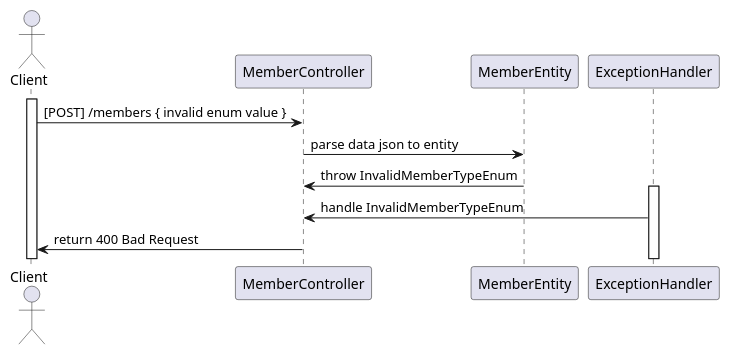
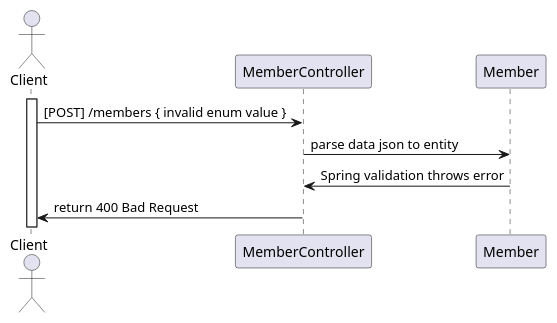
One commit to ETML-ES-FWBE/ZucchinIT changed the diagram in docs/sequences/invalideEnum_sequence.puml. Above: the diagram before and after it, drawn with PlantUML. The commit also changed 4 other files, not shown here.

```diff
--- a/docs/sequences/invalideEnum_sequence.puml
+++ b/docs/sequences/invalideEnum_sequence.puml
@@ -1,17 +1,14 @@
 @startuml
 
 actor Client
 participant MemberController
-participant MemberEntity
-participant ExceptionHandler
+participant Member
 
 activate Client
 
 Client -> MemberController : [POST] /members { invalid enum value }
-MemberController -> MemberEntity : parse data json to entity
-MemberEntity -> MemberController : throw InvalidMemberTypeEnum
-activate ExceptionHandler
-ExceptionHandler -> MemberController : handle InvalidMemberTypeEnum
+MemberController -> Member : parse data json to entity
+Member -> MemberController : Spring validation throws error
 MemberController -> Client : return 400 Bad Request
 
 @enduml
```
